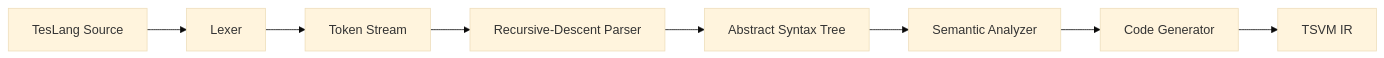
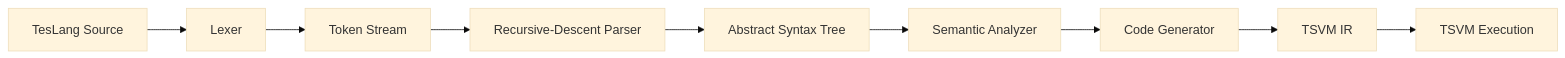
The diagram in README.md (MostafaNasrollahpour/teslang-compiler), drawn with Mermaid (base theme) before and after one commit. The commit also changed other lines of this file, not shown here.

Commit message:
document TSVM setup and execution workflow

````diff
--- a/README.md
+++ b/README.md
@@ -11,10 +11,11 @@
 ```mermaid
 flowchart LR
     A[TesLang Source] --> B[Lexer]
     B --> C[Token Stream]
     C --> D[Recursive-Descent Parser]
     D --> E[Abstract Syntax Tree]
     E --> F[Semantic Analyzer]
     F --> G[Code Generator]
     G --> H[TSVM IR]
+    H --> I[TSVM Execution]
 ```
````
